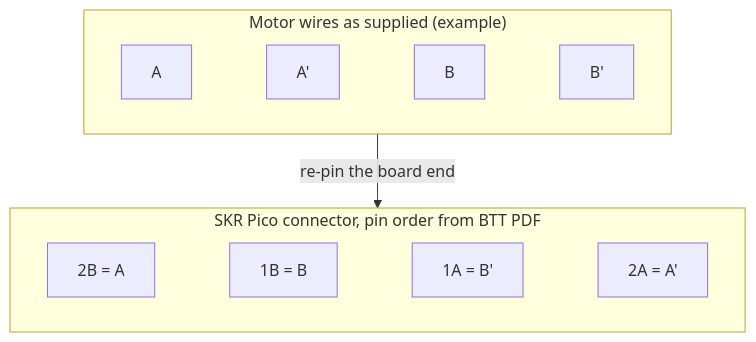
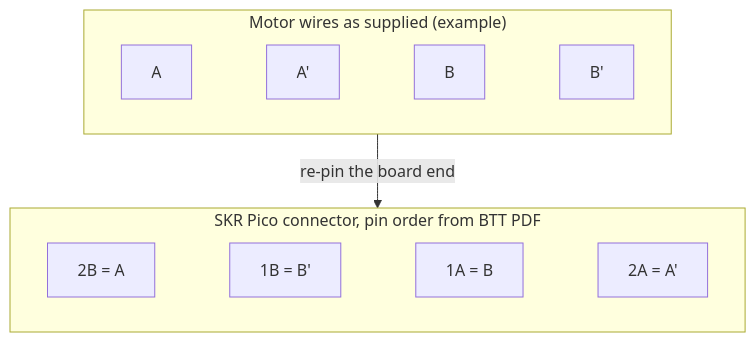
One commit to rbrett/3D-Printed-Mill-Driver changed the second of 3 diagrams in docs/setup-guide.md. Above: the diagram before and after it, drawn with Mermaid. The commit also changed other lines of this file, not shown here.

First line of the commit message:
Add typical-motor swap diagram and simplify the re-pinning example

````diff
--- a/docs/setup-guide.md
+++ b/docs/setup-guide.md
@@ -165,12 +165,12 @@
 ```mermaid
 flowchart TB
   subgraph supplied["Motor wires as supplied (example)"]
     direction LR
     W1["A"] ~~~ W2["A'"] ~~~ W3["B"] ~~~ W4["B'"]
   end
   subgraph pico["SKR Pico connector, pin order from BTT PDF"]
     direction LR
-    P1["2B = A"] ~~~ P2["1B = B"] ~~~ P3["1A = B'"] ~~~ P4["2A = A'"]
+    P1["2B = A"] ~~~ P2["1B = B'"] ~~~ P3["1A = B"] ~~~ P4["2A = A'"]
   end
   supplied -->|"re-pin the board end"| pico
 ```
````
